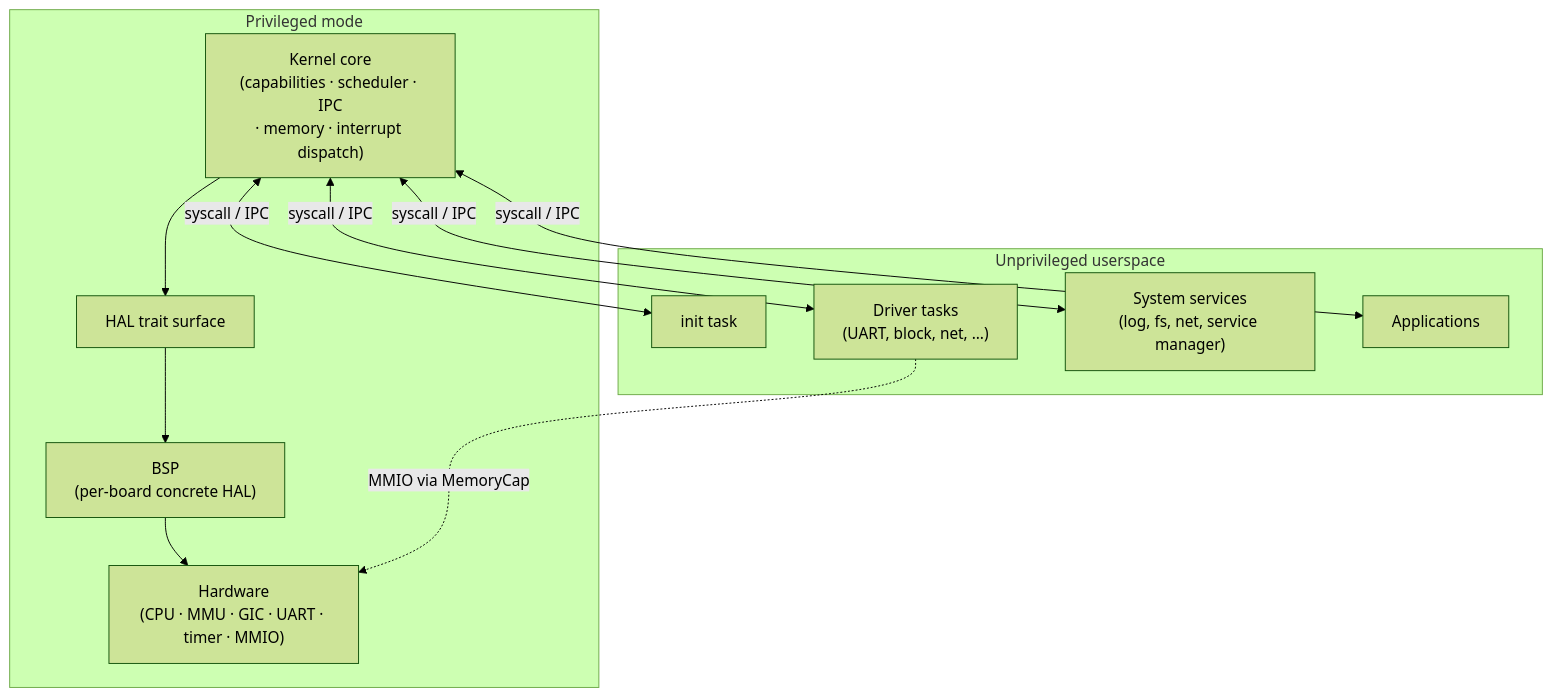
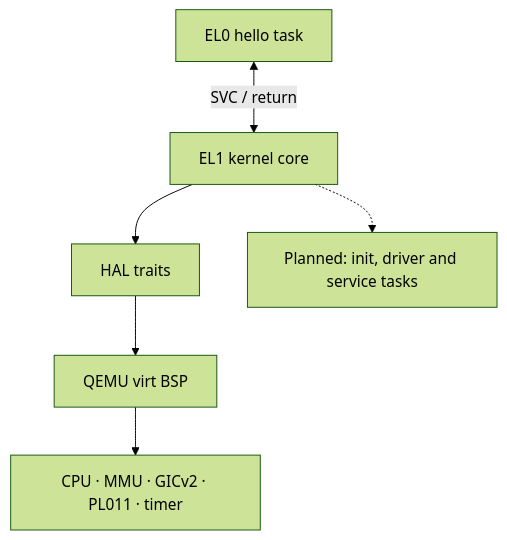
One commit to HodeTech/Tyrne changed the first of 3 diagrams in docs/architecture/overview.md. Above: the diagram before and after it, drawn with Mermaid (forest theme). The commit also changed other lines of this file and 216 other files, not shown here.

````diff
--- a/docs/architecture/overview.md
+++ b/docs/architecture/overview.md
@@ -23,23 +21,8 @@
 ```mermaid
 flowchart TB
-    subgraph Priv["Privileged mode"]
-        Kernel["Kernel core<br/>(capabilities · scheduler · IPC<br/>· memory · interrupt dispatch)"]
-        HAL["HAL trait surface"]
-        BSP["BSP<br/>(per-board concrete HAL)"]
-        HW["Hardware<br/>(CPU · MMU · GIC · UART · timer · MMIO)"]
-        Kernel --> HAL
-        HAL --> BSP
-        BSP --> HW
-    end
-    subgraph User["Unprivileged userspace"]
-        Init["init task"]
-        DrvTask["Driver tasks<br/>(UART, block, net, …)"]
-        Services["System services<br/>(log, fs, net, service manager)"]
-        Apps["Applications"]
-    end
-    Kernel <-->|syscall / IPC| Init
-    Kernel <-->|syscall / IPC| DrvTask
-    Kernel <-->|syscall / IPC| Services
-    Kernel <-->|syscall / IPC| Apps
-    DrvTask -.->|MMIO via MemoryCap| HW
+    Hello["EL0 hello task"] <-->|"SVC / return"| Kernel["EL1 kernel core"]
+    Kernel --> HAL["HAL traits"]
+    HAL --> BSP["QEMU virt BSP"]
+    BSP --> HW["CPU · MMU · GICv2 · PL011 · timer"]
+    Kernel -.-> Planned["Planned: init, driver and service tasks"]
 ```
````
